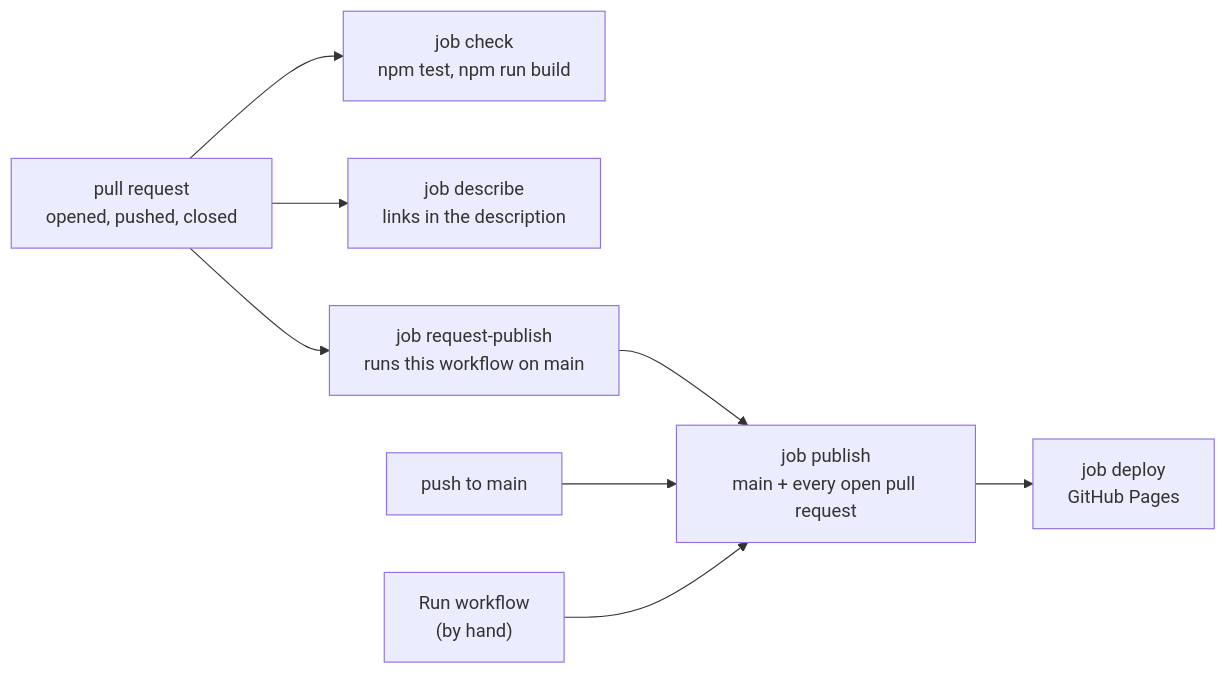
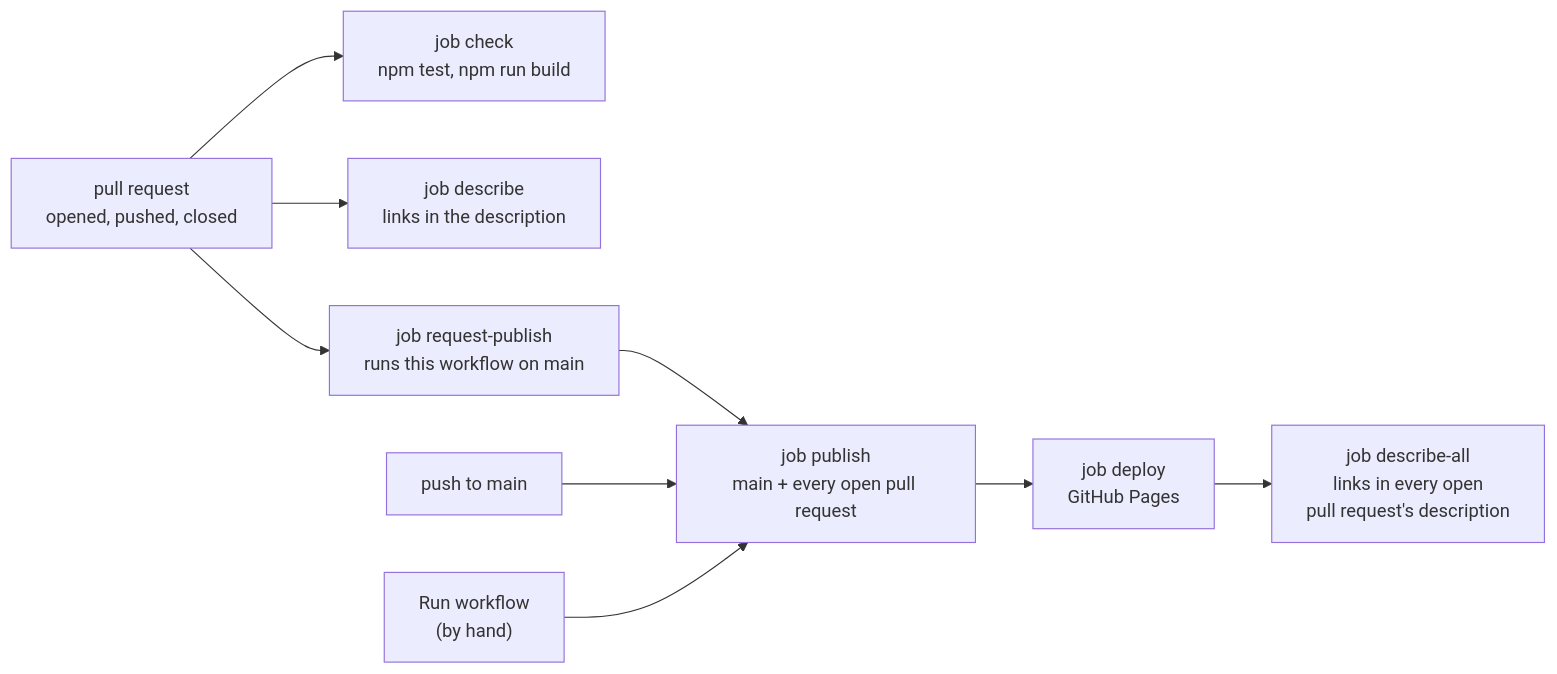
The diagram in tools/site/README.md (thomaswening/doubting-thomas), drawn with Mermaid before and after one commit. The commit also changed other lines of this file and 5 other files, not shown here.

First line of the commit message:
feat(repo): link previews in every open pull request after each publish

````diff
--- a/tools/site/README.md
+++ b/tools/site/README.md
@@ -25,10 +25,11 @@
 ```mermaid
 flowchart LR
   pr["pull request<br/>opened, pushed, closed"] --> check["job check<br/>npm test, npm run build"]
   pr --> describe["job describe<br/>links in the description"]
   pr --> request["job request-publish<br/>runs this workflow on main"]
   request --> publish
   push["push to main"] --> publish["job publish<br/>main + every open pull request"]
   manual["Run workflow<br/>(by hand)"] --> publish
   publish --> deploy["job deploy<br/>GitHub Pages"]
+  deploy --> describeAll["job describe-all<br/>links in every open<br/>pull request's description"]
 ```
````
